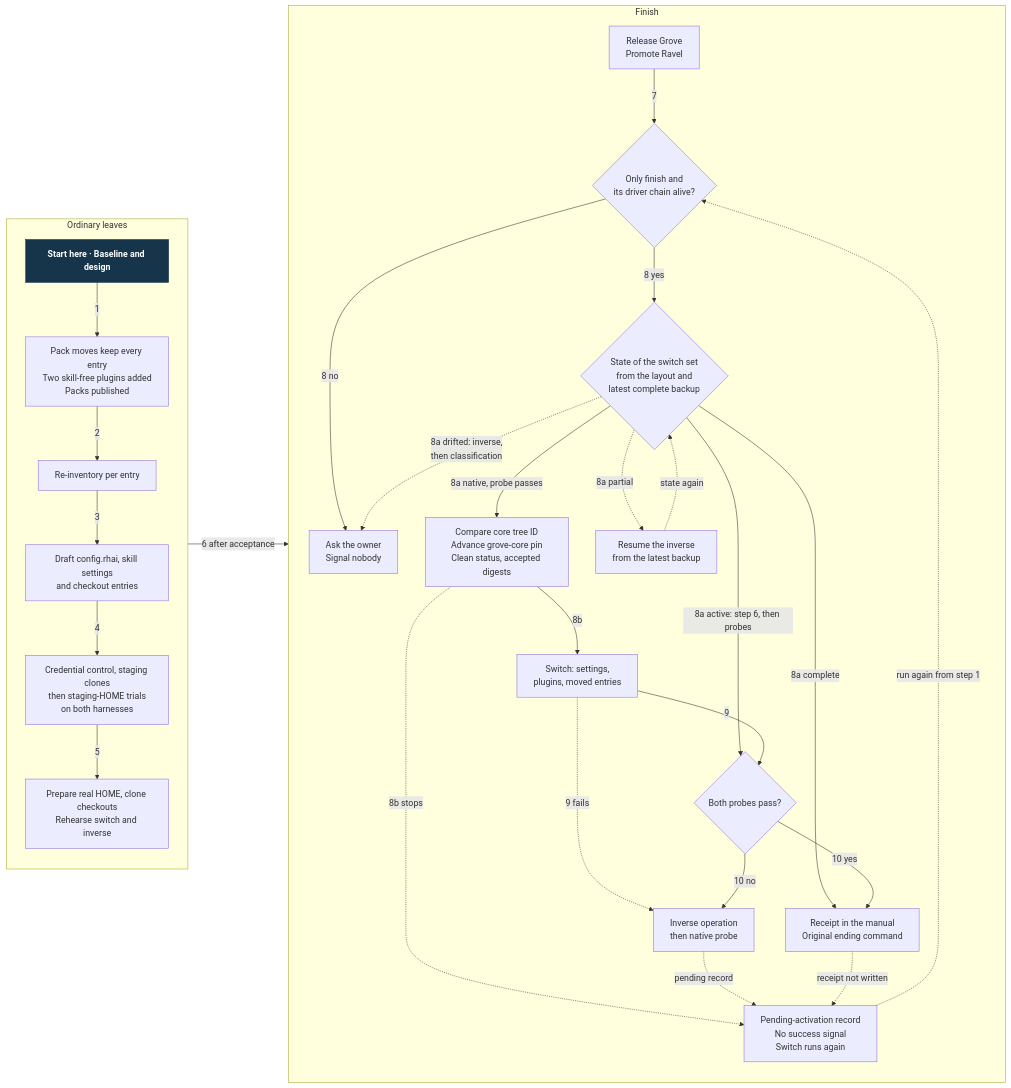
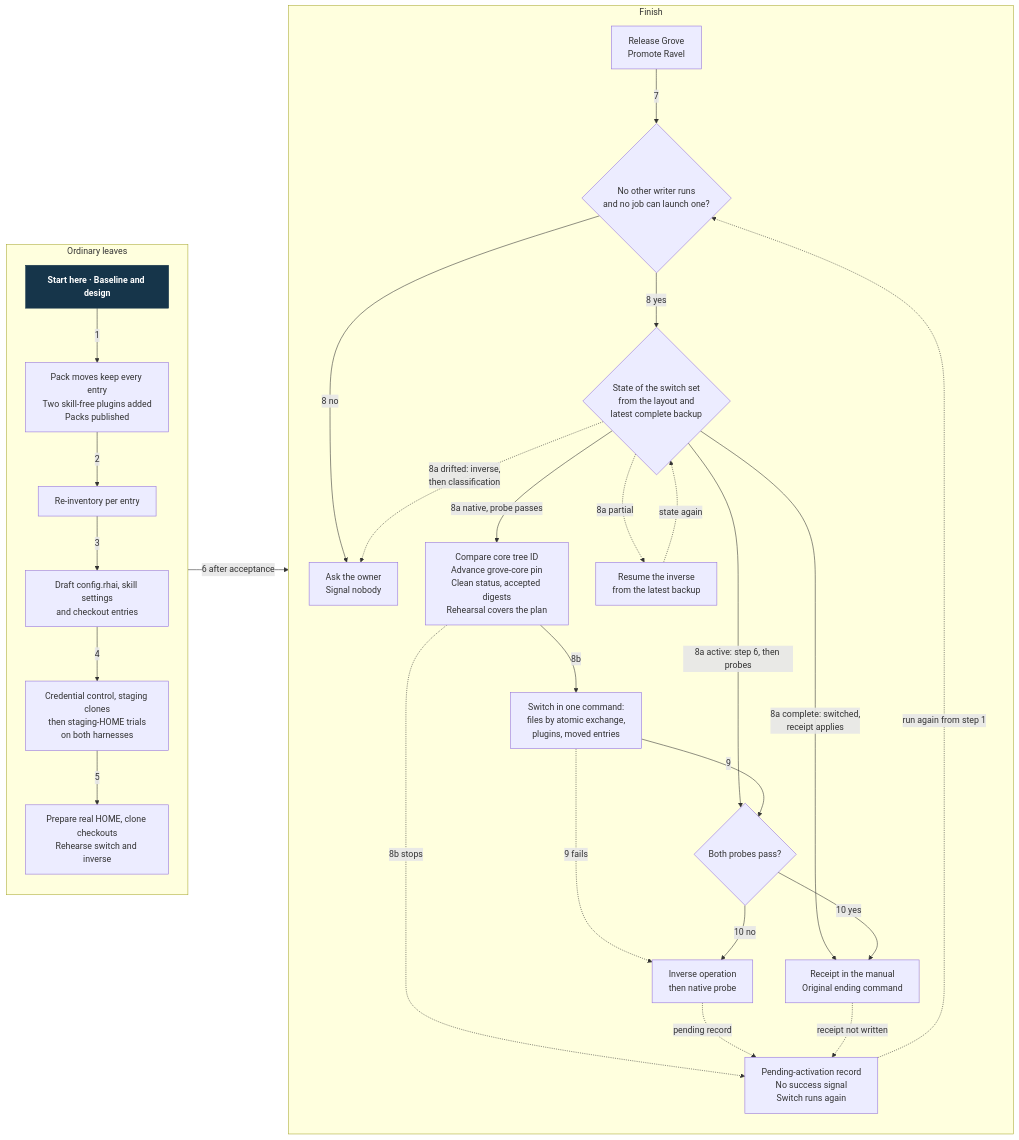
Before and after one commit to Linkuistics/grove: the diagram in docs/design/harness-selection-and-execution/owner-cutover.mmd, drawn with Mermaid. The commit also changed 13 other files, not shown here.

First line of the commit message:
Integrate the switch recovery review and cut its redesign (owner-pack-checkouts-k86)

```diff
--- a/docs/design/harness-selection-and-execution/owner-cutover.mmd
+++ b/docs/design/harness-selection-and-execution/owner-cutover.mmd
@@ -1,50 +1,50 @@
 flowchart LR
     subgraph prep["Ordinary leaves"]
         direction TB
         A["Start here · Baseline and design"]
         B["Pack moves keep every entry<br/>Two skill-free plugins added<br/>Packs published"]
         C["Re-inventory per entry"]
         D["Draft config.rhai, skill settings<br/>and checkout entries"]
         E["Credential control, staging clones<br/>then staging-HOME trials<br/>on both harnesses"]
         F["Prepare real HOME, clone checkouts<br/>Rehearse switch and inverse"]
         A -->|1| B
         B -->|2| C
         C -->|3| D
         D -->|4| E
         E -->|5| F
     end
     subgraph fin["Finish"]
         direction TB
         G["Release Grove<br/>Promote Ravel"]
-        H{"Only finish and<br/>its driver chain alive?"}
+        H{"No other writer runs<br/>and no job can launch one?"}
         I["Ask the owner<br/>Signal nobody"]
         S{"State of the switch set<br/>from the layout and<br/>latest complete backup"}
         R["Resume the inverse<br/>from the latest backup"]
-        P["Compare core tree ID<br/>Advance grove-core pin<br/>Clean status, accepted digests"]
+        P["Compare core tree ID<br/>Advance grove-core pin<br/>Clean status, accepted digests<br/>Rehearsal covers the plan"]
         Q["Pending-activation record<br/>No success signal<br/>Switch runs again"]
-        J["Switch: settings,<br/>plugins, moved entries"]
+        J["Switch in one command:<br/>files by atomic exchange,<br/>plugins, moved entries"]
         K{"Both probes pass?"}
         L["Inverse operation<br/>then native probe"]
         M["Receipt in the manual<br/>Original ending command"]
         G -->|7| H
         H -->|"8 no"| I
         H -->|"8 yes"| S
         S -->|"8a native, probe passes"| P
         S -.->|"8a partial"| R
         S -->|"8a active: step 6, then probes"| K
         S -.->|"8a drifted: inverse,<br/>then classification"| I
-        S -->|"8a complete"| M
+        S -->|"8a complete: switched,<br/>receipt applies"| M
         R -.->|"state again"| S
         P -->|"8b"| J
         P -.->|"8b stops"| Q
         J -->|9| K
         J -.->|"9 fails"| L
         K -->|"10 no"| L
         L -.->|"pending record"| Q
         K -->|"10 yes"| M
         M -.->|"receipt not written"| Q
         Q -.->|"run again from step 1"| H
     end
     prep -->|"6 after acceptance"| fin
     classDef start fill:#16354a,color:#fff,stroke:#16354a,font-weight:bold
     class A start
```
